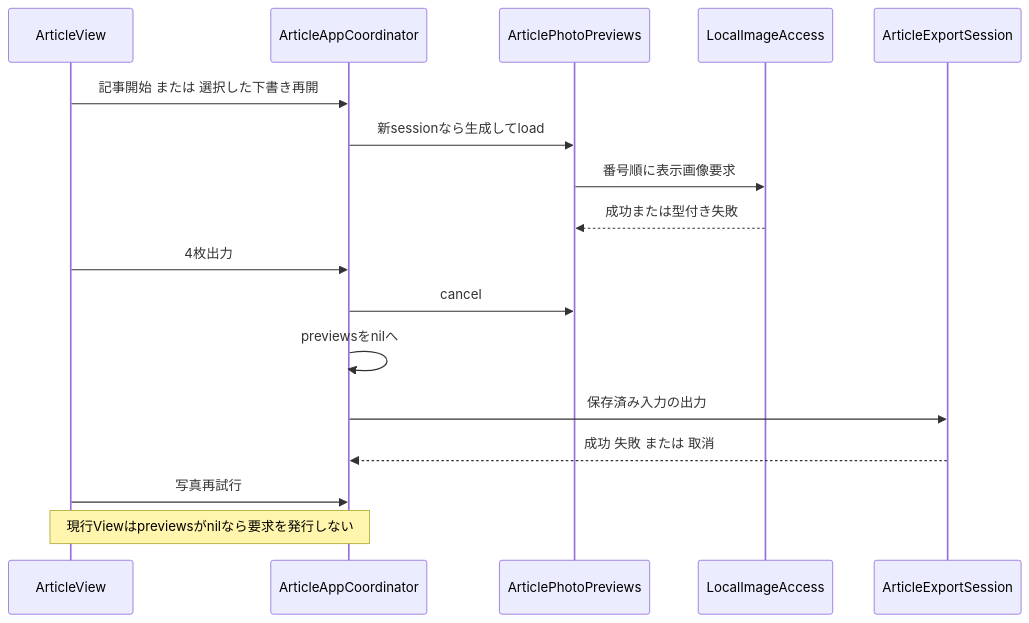
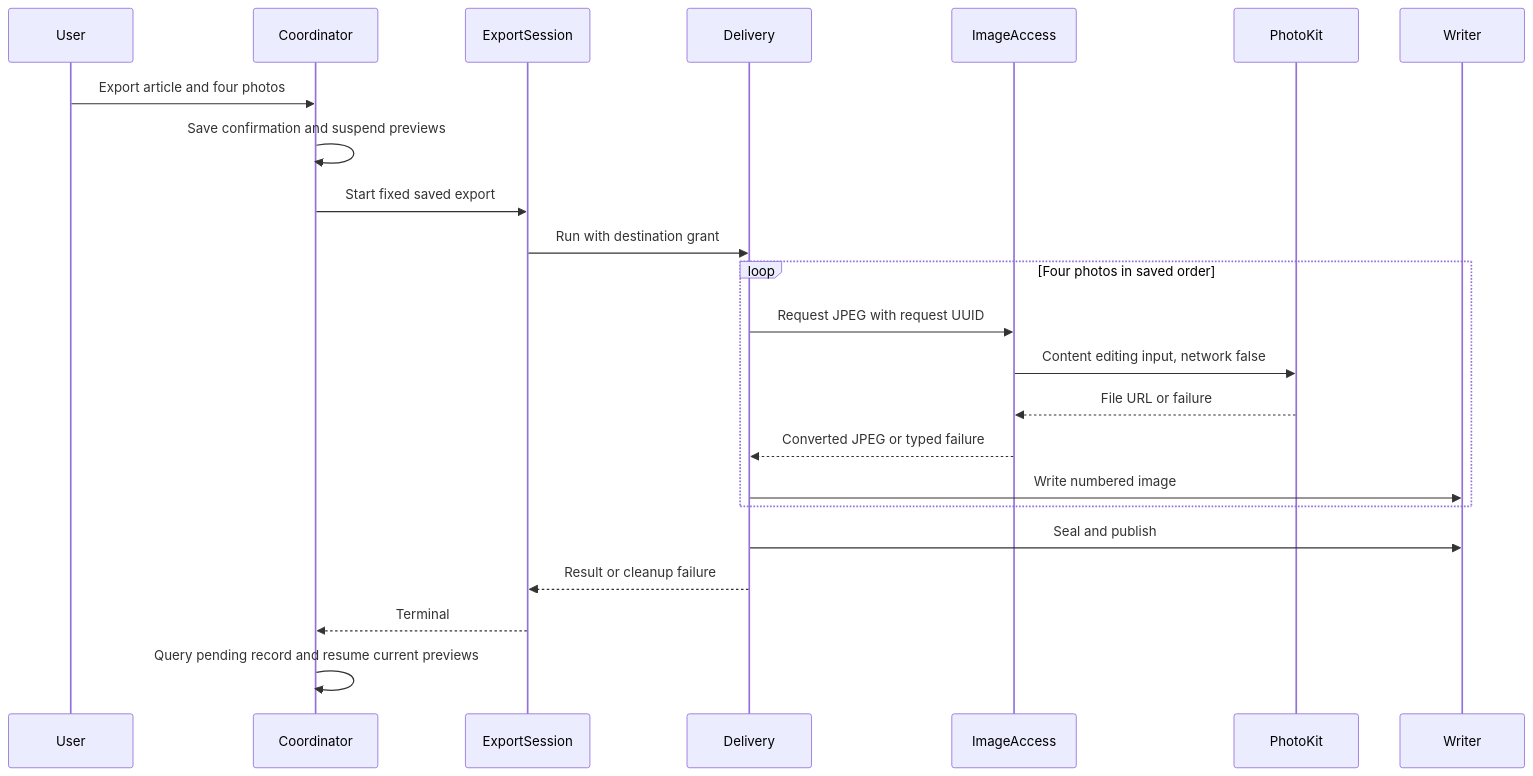
One commit to yokochie/hitotsuzuri changed the second of 2 diagrams in aidlc/spaces/default/codekb/hitotsuzuri/architecture.md. Above: the diagram before and after it, drawn with Mermaid. The commit also changed other lines of this file and 27 other files, not shown here.

Commit message:
docs: approve in-app cloud image acquisition requirements and plan

````diff
--- a/aidlc/spaces/default/codekb/hitotsuzuri/architecture.md
+++ b/aidlc/spaces/default/codekb/hitotsuzuri/architecture.md
@@ -30,19 +50,25 @@
 ```mermaid
 sequenceDiagram
-    participant UI as ArticleView
-    participant C as ArticleAppCoordinator
-    participant P as ArticlePhotoPreviews
-    participant L as LocalImageAccess
-    participant E as ArticleExportSession
-    UI->>C: 記事開始 または 選択した下書き再開
-    C->>P: 新sessionなら生成してload
-    P->>L: 番号順に表示画像要求
-    L-->>P: 成功または型付き失敗
-    UI->>C: 4枚出力
-    C->>P: cancel
-    C->>C: previewsをnilへ
-    C->>E: 保存済み入力の出力
-    E-->>C: 成功 失敗 または 取消
-    UI->>C: 写真再試行
-    Note over UI,C: 現行Viewはpreviewsがnilなら要求を発行しない
+    participant U as User
+    participant C as Coordinator
+    participant S as ExportSession
+    participant D as Delivery
+    participant I as ImageAccess
+    participant P as PhotoKit
+    participant W as Writer
+    U->>C: Export article and four photos
+    C->>C: Save confirmation and suspend previews
+    C->>S: Start fixed saved export
+    S->>D: Run with destination grant
+    loop Four photos in saved order
+        D->>I: Request JPEG with request UUID
+        I->>P: Content editing input, network false
+        P-->>I: File URL or failure
+        I-->>D: Converted JPEG or typed failure
+        D->>W: Write numbered image
+    end
+    D->>W: Seal and publish
+    D-->>S: Result or cleanup failure
+    S-->>C: Terminal
+    C->>C: Query pending record and resume current previews
 ```
````
